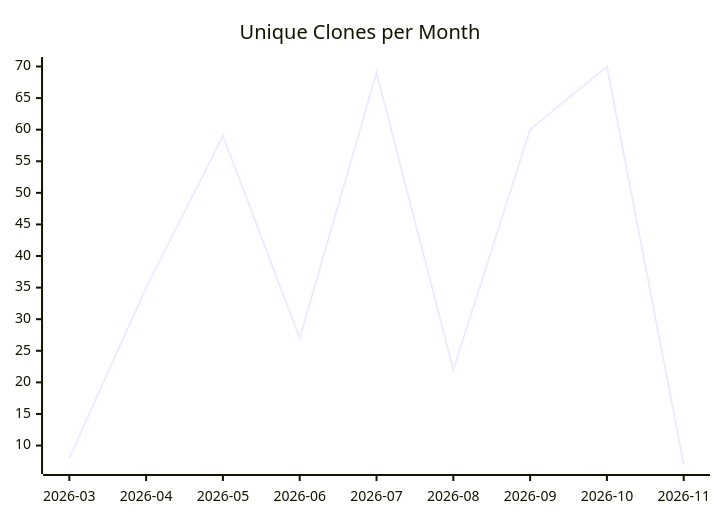
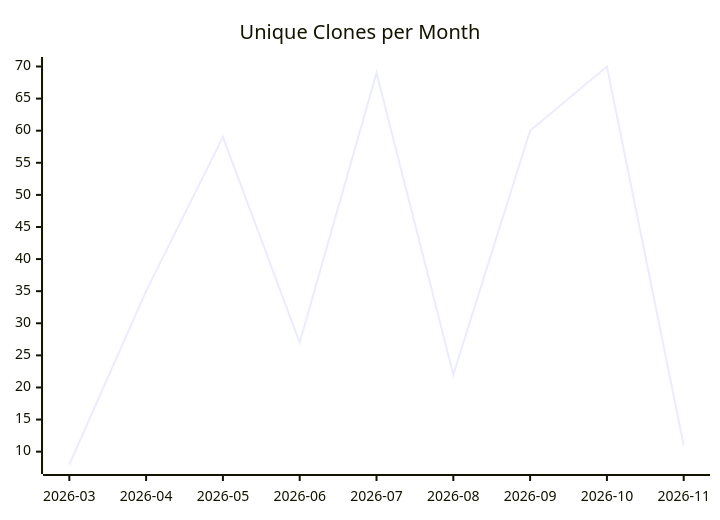
The third of 3 diagrams in karlmdavis/fhir-benchmarks/README.md (justdavis-family/github-analytics-data), drawn with Mermaid before and after one commit. The commit also changed other lines of this file and 188 other files, not shown here.

````diff
--- a/karlmdavis/fhir-benchmarks/README.md
+++ b/karlmdavis/fhir-benchmarks/README.md
@@ -19,6 +19,6 @@
 ```mermaid
 xychart-beta
   title "Unique Clones per Month"
   x-axis ["2026-03", "2026-04", "2026-05", "2026-06", "2026-07", "2026-08", "2026-09", "2026-10", "2026-11"]
-  line [8, 35, 59, 27, 69, 22, 60, 70, 7]
+  line [8, 35, 59, 27, 69, 22, 60, 70, 11]
 ```
````
